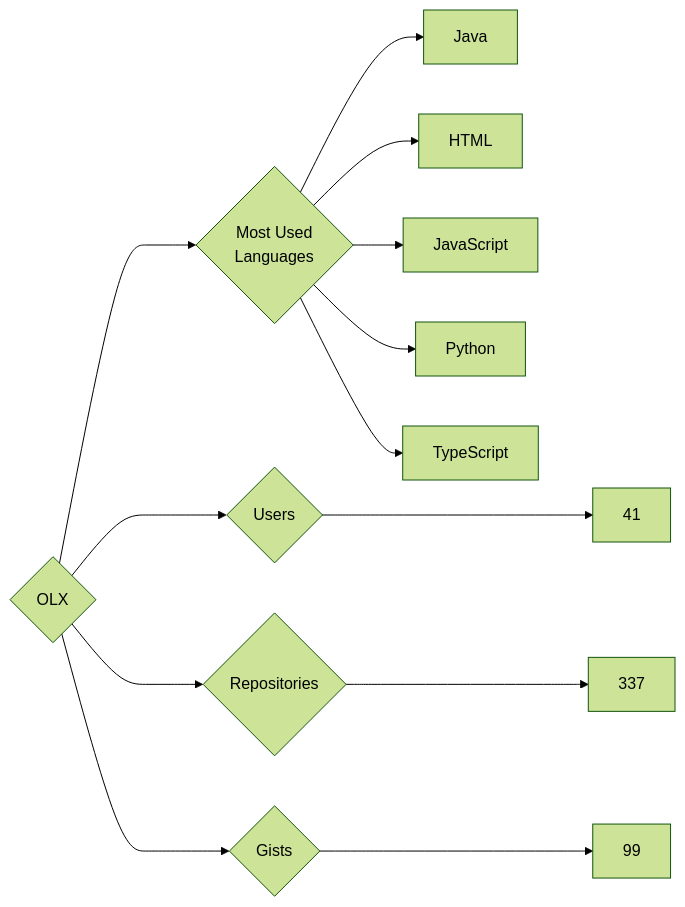
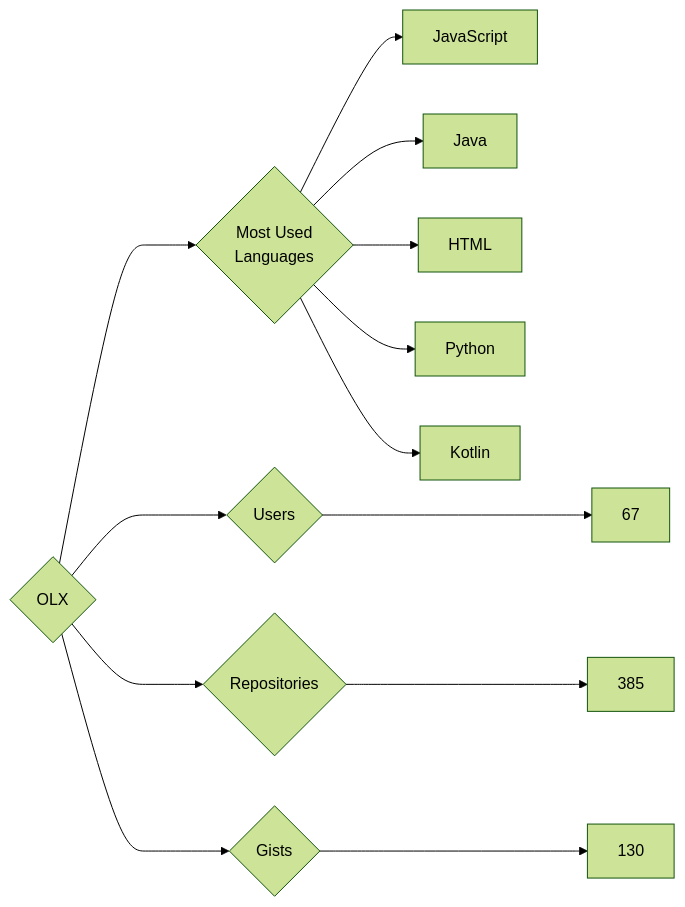
Before and after one commit to trickest/insiders: the diagram in targets/OLX/README.md, drawn with Mermaid (forest theme). The commit also changed 748 other files, not shown here.

````diff
--- a/targets/OLX/README.md
+++ b/targets/OLX/README.md
@@ -3,13 +3,13 @@
 ```mermaid
 graph LR
 COMPANY_NAME{OLX}
-COMPANY_NAME ---> U{Users} ---> UN[41]
-COMPANY_NAME ---> R{Repositories} ---> RN[337]
-COMPANY_NAME ---> G{Gists} ---> GN[99]
+COMPANY_NAME ---> U{Users} ---> UN[67]
+COMPANY_NAME ---> R{Repositories} ---> RN[385]
+COMPANY_NAME ---> G{Gists} ---> GN[130]
 COMPANY_NAME ---> ML{Most Used<br>Languages}
+ML --> JavaScript[JavaScript]
 ML --> Java[Java]
 ML --> HTML[HTML]
-ML --> JavaScript[JavaScript]
 ML --> Python[Python]
-ML --> TypeScript[TypeScript]
+ML --> Kotlin[Kotlin]
 ```
````
